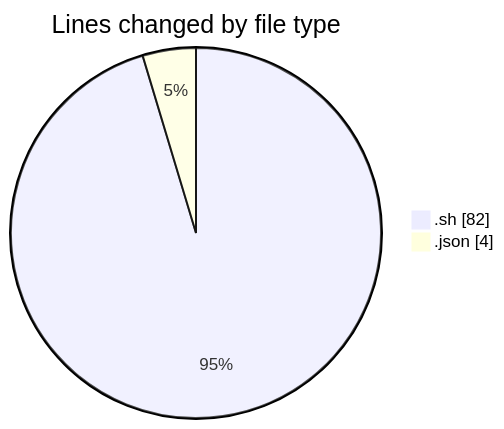
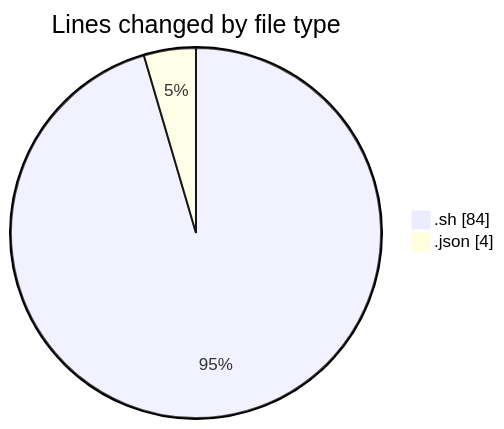
Before and after one commit to ricardozamudiocil/code-tracking: the first of 2 diagrams in 2026-10-15/scripts/README.md, drawn with Mermaid. The commit also changed other lines of this file and 1 other file, not shown here.

````diff
--- a/2026-10-15/scripts/README.md
+++ b/2026-10-15/scripts/README.md
@@ -21,6 +21,6 @@
 ```mermaid
 pie showData
 title Lines changed by file type
-".sh" : 82
+".sh" : 84
 ".json" : 4
 ```
````
